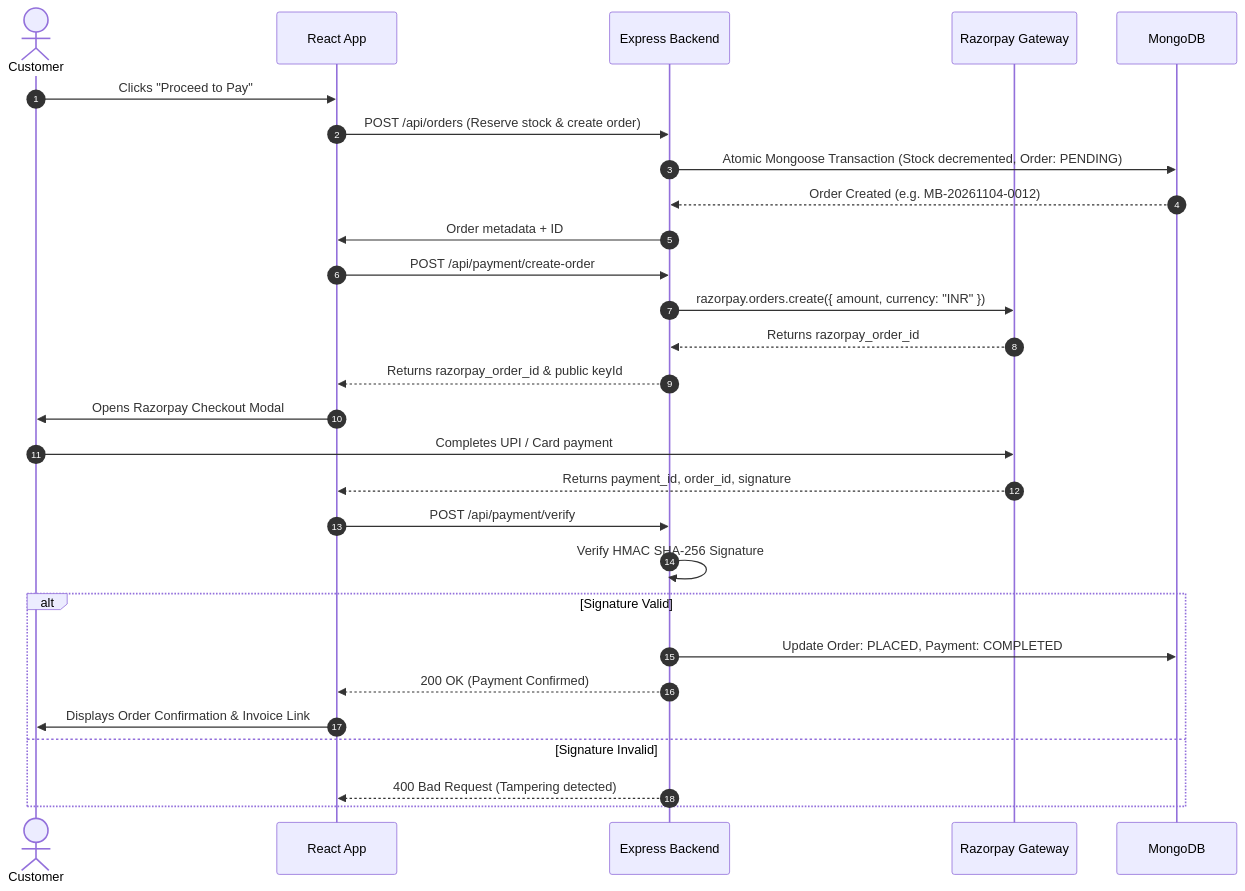
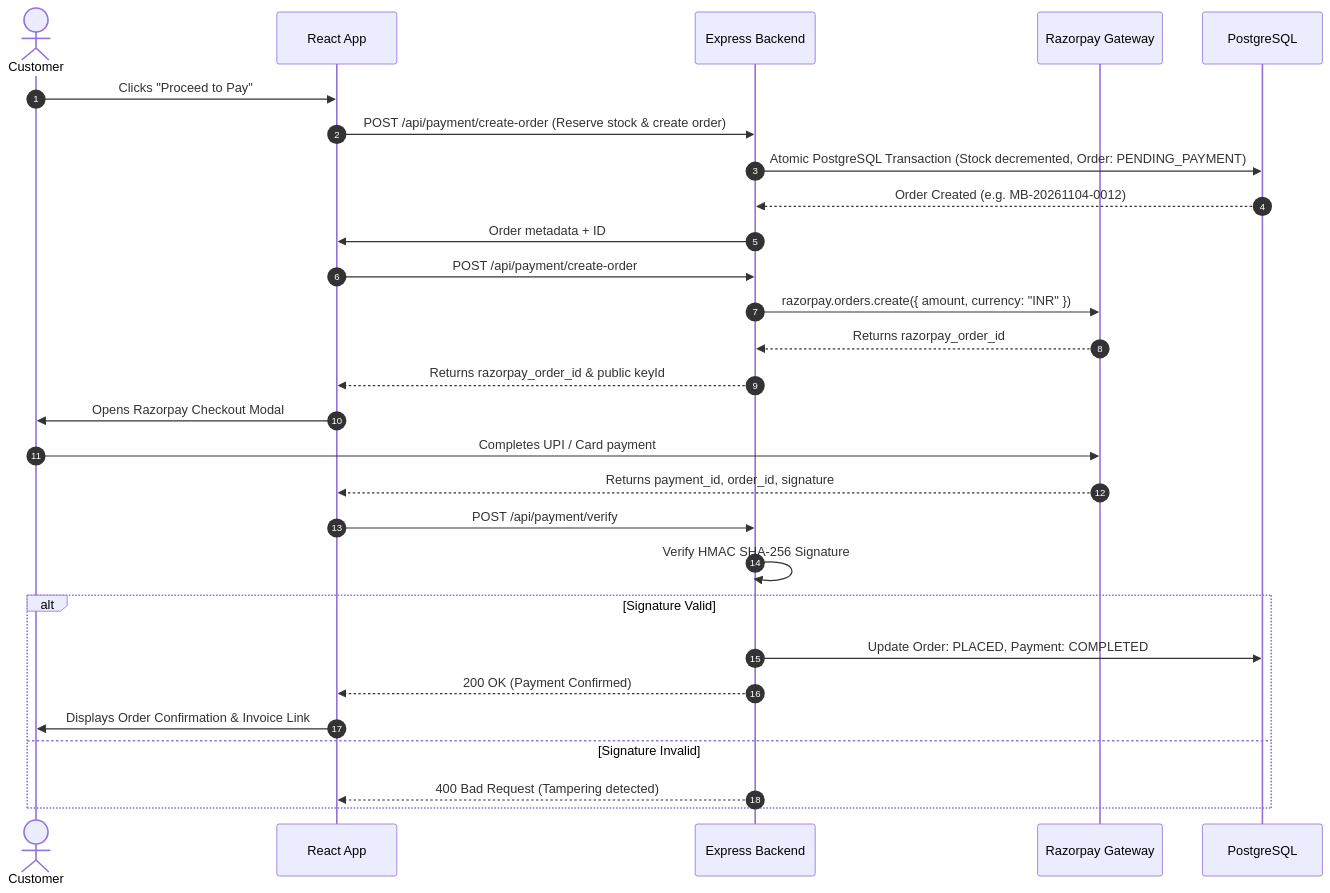
The diagram in docs/PAYMENT_FLOW.md (codewithharshx/Mane-Bazar), drawn with Mermaid before and after one commit. The commit also changed other lines of this file and 280 other files, not shown here.

First line of the commit message:
feat(architecture): professionalize repository, enforce postgresql prisma monorepo, and rebuild documentation

````diff
--- a/docs/PAYMENT_FLOW.md
+++ b/docs/PAYMENT_FLOW.md
@@ -23,31 +23,31 @@
 ```mermaid
 sequenceDiagram
     autonumber
     actor Customer as Customer
     participant Client as React App
     participant Server as Express Backend
     participant Gateway as Razorpay Gateway
-    participant DB as MongoDB
+    participant DB as PostgreSQL
 
     Customer->>Client: Clicks "Proceed to Pay"
-    Client->>Server: POST /api/orders (Reserve stock & create order)
-    Server->>DB: Atomic Mongoose Transaction (Stock decremented, Order: PENDING)
+    Client->>Server: POST /api/payment/create-order (Reserve stock & create order)
+    Server->>DB: Atomic PostgreSQL Transaction (Stock decremented, Order: PENDING_PAYMENT)
     DB-->>Server: Order Created (e.g. MB-20261104-0012)
     Server->>Client: Order metadata + ID
     Client->>Server: POST /api/payment/create-order
     Server->>Gateway: razorpay.orders.create({ amount, currency: "INR" })
     Gateway-->>Server: Returns razorpay_order_id
     Server-->>Client: Returns razorpay_order_id & public keyId
     Client->>Customer: Opens Razorpay Checkout Modal
     Customer->>Gateway: Completes UPI / Card payment
     Gateway-->>Client: Returns payment_id, order_id, signature
     Client->>Server: POST /api/payment/verify
     Server->>Server: Verify HMAC SHA-256 Signature
     alt Signature Valid
         Server->>DB: Update Order: PLACED, Payment: COMPLETED
         Server-->>Client: 200 OK (Payment Confirmed)
         Client->>Customer: Displays Order Confirmation & Invoice Link
     else Signature Invalid
         Server-->>Client: 400 Bad Request (Tampering detected)
     end
 ```
````
